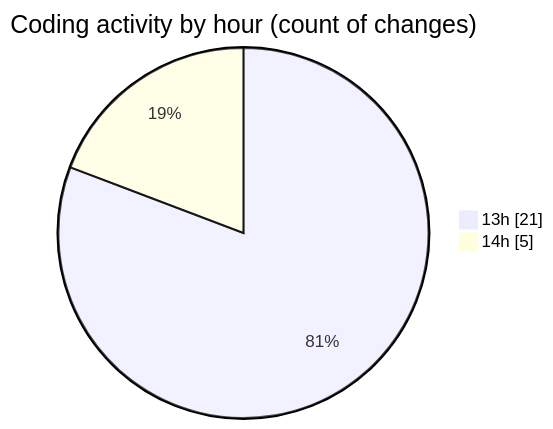
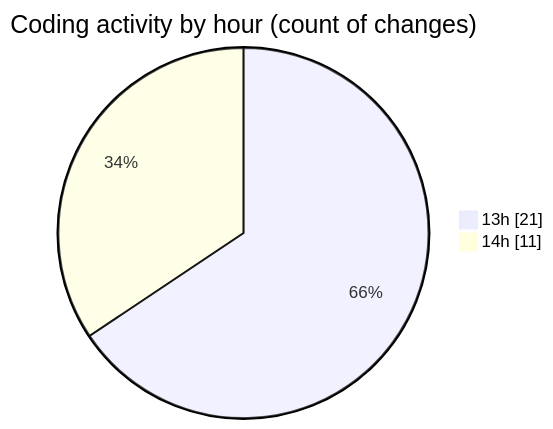
One commit to Ritupan-Deka/code-tracking changed the second of 2 diagrams in 2025-01-26/desktop/README.md. Above: the diagram before and after it, drawn with Mermaid. The commit also changed other lines of this file and 1 other file, not shown here.

````diff
--- a/2025-01-26/desktop/README.md
+++ b/2025-01-26/desktop/README.md
@@ -28,6 +28,6 @@
 ```mermaid
 pie showData
 title Coding activity by hour (count of changes)
 "13h" : 21
-"14h" : 5
+"14h" : 11
 ```
````
